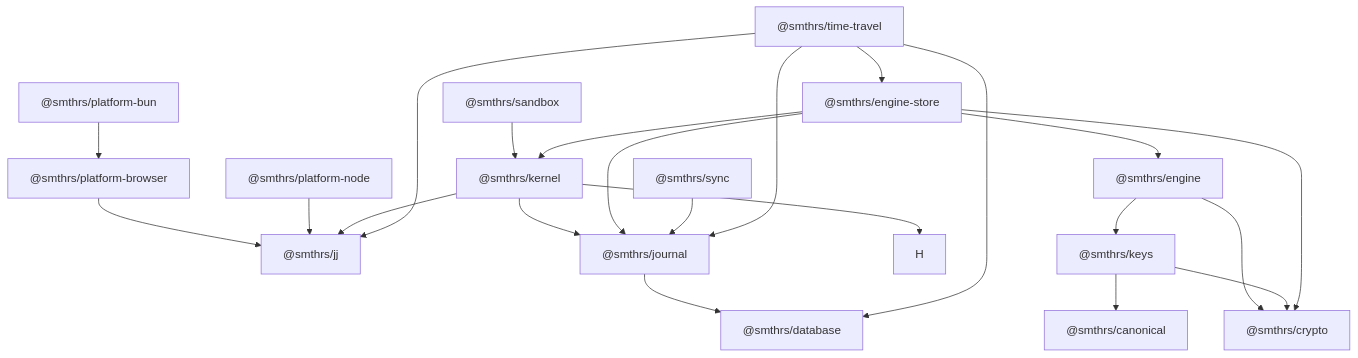
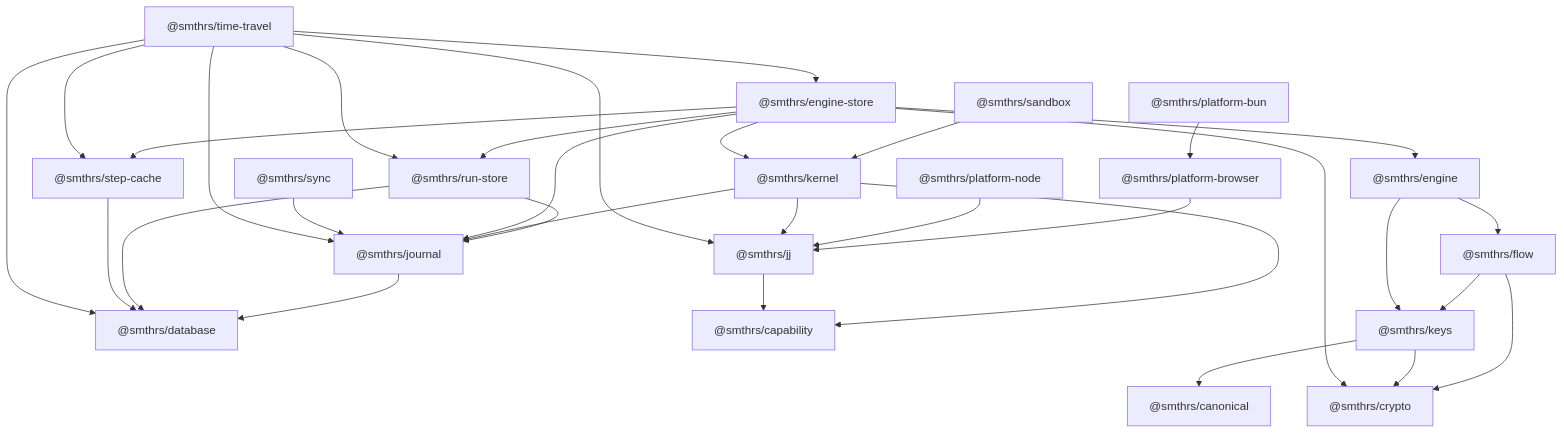
The diagram in docs/architecture/package-map.md (smithersai/flows), drawn with Mermaid before and after one commit. The commit also changed other lines of this file and 50 other files, not shown here.

Commit message:
📝 docs: rewrite the pages for the capability, flow, run-store, and step-cache splits

````diff
--- a/docs/architecture/package-map.md
+++ b/docs/architecture/package-map.md
@@ -7,33 +7,44 @@
 ```mermaid
 flowchart TD
   PN["@smthrs/platform-node"]
   PBUN["@smthrs/platform-bun"]
   JJ["@smthrs/jj"]
   SB["@smthrs/sandbox"]
   PB["@smthrs/platform-browser"]
   D["@smthrs/database"]
   C["@smthrs/canonical"]
   Crypto["@smthrs/crypto"]
+  CAP["@smthrs/capability"]
 
   J["@smthrs/journal"] --> D
+  RS["@smthrs/run-store"] --> D
+  RS --> J
+  SC["@smthrs/step-cache"] --> D
   PB --> JJ
   PN --> JJ
   PBUN --> PB
   SB --> K
-  K["@smthrs/kernel"] --> H
+  K["@smthrs/kernel"] --> CAP
   K --> JJ
   K --> J
-  W["@smthrs/engine"] --> Keys["@smthrs/keys"]
-  W --> Crypto
+  JJ --> CAP
+  F["@smthrs/flow"] --> Keys["@smthrs/keys"]
+  F --> Crypto
+  W["@smthrs/engine"] --> F
+  W --> Keys
   Keys --> C
   Keys --> Crypto
   E["@smthrs/engine-store"] --> W
   E --> Crypto
   E --> J
+  E --> RS
+  E --> SC
   E --> K
   S["@smthrs/sync"] --> J
   T["@smthrs/time-travel"] --> D
   T --> E
   T --> JJ
   T --> J
+  T --> RS
+  T --> SC
 ```
````
